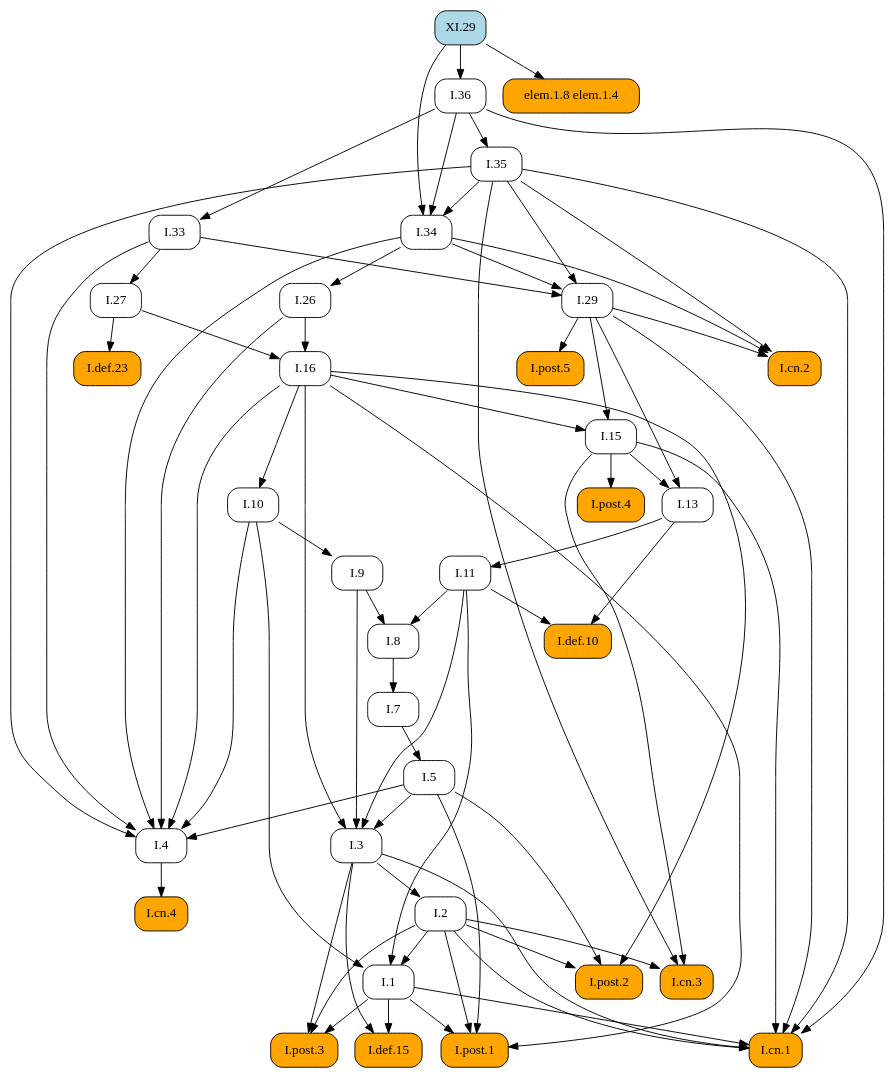
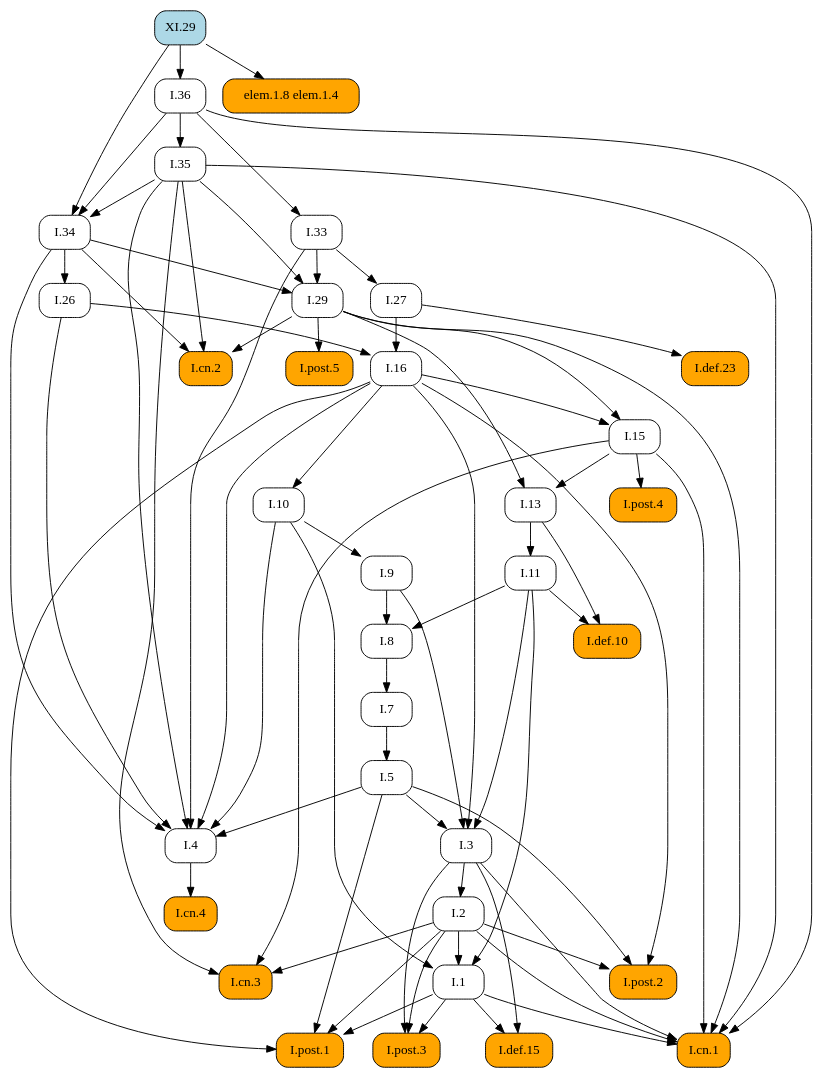
Before and after one commit to geometor/elements: the diagram in docsrc/heath/XI/29/index.rst, drawn with Graphviz. The commit also changed other lines of this file and 1029 other files, not shown here.

```diff
--- a/docsrc/heath/XI/29/index.rst
+++ b/docsrc/heath/XI/29/index.rst
@@ -41,77 +41,85 @@
    digraph {
      rankdir="TB";
      node [shape=box, style=rounded];
+     "I.def.10" [style="rounded,filled", fillcolor=orange, URL="/heath/I/def.10/", target="_top"];
+     "I.11" [URL="/heath/I/11/", target="_top"];
+     "I.post.4" [style="rounded,filled", fillcolor=orange, URL="/heath/I/post.4/", target="_top"];
+     "I.1" [URL="/heath/I/1/", target="_top"];
+     "I.26" [URL="/heath/I/26/", target="_top"];
+     "I.29" [URL="/heath/I/29/", target="_top"];
+     "I.cn.2" [style="rounded,filled", fillcolor=orange, URL="/heath/I/cn.2/", target="_top"];
+     "I.def.15" [style="rounded,filled", fillcolor=orange, URL="/heath/I/def.15/", target="_top"];
+     "I.post.3" [style="rounded,filled", fillcolor=orange, URL="/heath/I/post.3/", target="_top"];
+     "I.cn.1" [style="rounded,filled", fillcolor=orange, URL="/heath/I/cn.1/", target="_top"];
      "I.cn.3" [style="rounded,filled", fillcolor=orange, URL="/heath/I/cn.3/", target="_top"];
-     "I.29" [URL="/heath/I/29/", target="_top"];
+     "XI.29" [style="rounded,filled", fillcolor=lightblue, URL="/heath/XI/29/", target="_top"];
+     "I.post.1" [style="rounded,filled", fillcolor=orange, URL="/heath/I/post.1/", target="_top"];
+     "I.35" [URL="/heath/I/35/", target="_top"];
+     "I.36" [URL="/heath/I/36/", target="_top"];
+     "I.27" [URL="/heath/I/27/", target="_top"];
      "I.7" [URL="/heath/I/7/", target="_top"];
-     "I.27" [URL="/heath/I/27/", target="_top"];
+     "I.34" [URL="/heath/I/34/", target="_top"];
+     "I.3" [URL="/heath/I/3/", target="_top"];
+     "I.2" [URL="/heath/I/2/", target="_top"];
+     "I.4" [URL="/heath/I/4/", target="_top"];
      "I.def.23" [style="rounded,filled", fillcolor=orange, URL="/heath/I/def.23/", target="_top"];
-     "I.34" [URL="/heath/I/34/", target="_top"];
+     "elem.1.8 elem.1.4" [style="rounded,filled", fillcolor=orange];
+     "I.13" [URL="/heath/I/13/", target="_top"];
+     "I.33" [URL="/heath/I/33/", target="_top"];
+     "I.post.2" [style="rounded,filled", fillcolor=orange, URL="/heath/I/post.2/", target="_top"];
+     "I.16" [URL="/heath/I/16/", target="_top"];
+     "I.9" [URL="/heath/I/9/", target="_top"];
      "I.8" [URL="/heath/I/8/", target="_top"];
-     "I.9" [URL="/heath/I/9/", target="_top"];
-     "I.post.4" [style="rounded,filled", fillcolor=orange, URL="/heath/I/post.4/", target="_top"];
-     "I.2" [URL="/heath/I/2/", target="_top"];
-     "I.def.15" [style="rounded,filled", fillcolor=orange, URL="/heath/I/def.15/", target="_top"];
-     "I.1" [URL="/heath/I/1/", target="_top"];
-     "I.post.1" [style="rounded,filled", fillcolor=orange, URL="/heath/I/post.1/", target="_top"];
      "I.cn.4" [style="rounded,filled", fillcolor=orange, URL="/heath/I/cn.4/", target="_top"];
-     "I.26" [URL="/heath/I/26/", target="_top"];
-     "I.33" [URL="/heath/I/33/", target="_top"];
-     "I.13" [URL="/heath/I/13/", target="_top"];
-     "I.cn.2" [style="rounded,filled", fillcolor=orange, URL="/heath/I/cn.2/", target="_top"];
+     "I.15" [URL="/heath/I/15/", target="_top"];
+     "I.post.5" [style="rounded,filled", fillcolor=orange, URL="/heath/I/post.5/", target="_top"];
+     "I.10" [URL="/heath/I/10/", target="_top"];
      "I.5" [URL="/heath/I/5/", target="_top"];
-     "I.11" [URL="/heath/I/11/", target="_top"];
-     "I.10" [URL="/heath/I/10/", target="_top"];
-     "I.4" [URL="/heath/I/4/", target="_top"];
-     "I.3" [URL="/heath/I/3/", target="_top"];
-     "I.16" [URL="/heath/I/16/", target="_top"];
-     "I.def.10" [style="rounded,filled", fillcolor=orange, URL="/heath/I/def.10/", target="_top"];
-     "I.post.2" [style="rounded,filled", fillcolor=orange, URL="/heath/I/post.2/", target="_top"];
-     "XI.29" [style="rounded,filled", fillcolor=lightblue, URL="/heath/XI/29/", target="_top"];
-     "I.post.3" [style="rounded,filled", fillcolor=orange, URL="/heath/I/post.3/", target="_top"];
-     "I.post.5" [style="rounded,filled", fillcolor=orange, URL="/heath/I/post.5/", target="_top"];
-     "I.36" [URL="/heath/I/36/", target="_top"];
-     "I.35" [URL="/heath/I/35/", target="_top"];
-     "I.15" [URL="/heath/I/15/", target="_top"];
-     "I.cn.1" [style="rounded,filled", fillcolor=orange, URL="/heath/I/cn.1/", target="_top"];
-     "elem.1.8 elem.1.4" [style="rounded,filled", fillcolor=orange];
+     "I.11" -> "I.def.10";
+     "I.13" -> "I.def.10";
+     "I.13" -> "I.11";
+     "I.15" -> "I.post.4";
+     "I.2" -> "I.1";
+     "I.10" -> "I.1";
+     "I.11" -> "I.1";
+     "I.34" -> "I.26";
+     "I.33" -> "I.29";
+     "I.34" -> "I.29";
+     "I.35" -> "I.29";
+     "I.29" -> "I.cn.2";
+     "I.34" -> "I.cn.2";
+     "I.35" -> "I.cn.2";
+     "I.1" -> "I.def.15";
+     "I.3" -> "I.def.15";
+     "I.1" -> "I.post.3";
+     "I.2" -> "I.post.3";
+     "I.3" -> "I.post.3";
+     "I.1" -> "I.cn.1";
+     "I.2" -> "I.cn.1";
+     "I.3" -> "I.cn.1";
+     "I.15" -> "I.cn.1";
+     "I.29" -> "I.cn.1";
+     "I.35" -> "I.cn.1";
+     "I.36" -> "I.cn.1";
      "I.2" -> "I.cn.3";
      "I.15" -> "I.cn.3";
      "I.35" -> "I.cn.3";
-     "I.33" -> "I.29";
-     "I.34" -> "I.29";
-     "I.35" -> "I.29";
-     "I.8" -> "I.7";
-     "I.33" -> "I.27";
-     "I.27" -> "I.def.23";
-     "I.35" -> "I.34";
-     "I.36" -> "I.34";
-     "XI.29" -> "I.34";
-     "I.9" -> "I.8";
-     "I.11" -> "I.8";
-     "I.10" -> "I.9";
-     "I.15" -> "I.post.4";
-     "I.3" -> "I.2";
-     "I.1" -> "I.def.15";
-     "I.3" -> "I.def.15";
-     "I.2" -> "I.1";
-     "I.10" -> "I.1";
-     "I.11" -> "I.1";
      "I.1" -> "I.post.1";
      "I.2" -> "I.post.1";
      "I.5" -> "I.post.1";
      "I.16" -> "I.post.1";
-     "I.4" -> "I.cn.4";
-     "I.34" -> "I.26";
-     "I.36" -> "I.33";
-     "I.15" -> "I.13";
-     "I.29" -> "I.13";
-     "I.29" -> "I.cn.2";
-     "I.34" -> "I.cn.2";
-     "I.35" -> "I.cn.2";
-     "I.7" -> "I.5";
-     "I.13" -> "I.11";
-     "I.16" -> "I.10";
+     "I.36" -> "I.35";
+     "XI.29" -> "I.36";
+     "I.33" -> "I.27";
+     "I.8" -> "I.7";
+     "I.35" -> "I.34";
+     "I.36" -> "I.34";
+     "XI.29" -> "I.34";
+     "I.5" -> "I.3";
+     "I.9" -> "I.3";
+     "I.11" -> "I.3";
+     "I.16" -> "I.3";
+     "I.3" -> "I.2";
      "I.5" -> "I.4";
      "I.10" -> "I.4";
      "I.16" -> "I.4";
@@ -119,31 +127,23 @@
      "I.33" -> "I.4";
      "I.34" -> "I.4";
      "I.35" -> "I.4";
-     "I.5" -> "I.3";
-     "I.9" -> "I.3";
-     "I.11" -> "I.3";
-     "I.16" -> "I.3";
-     "I.26" -> "I.16";
-     "I.27" -> "I.16";
-     "I.11" -> "I.def.10";
-     "I.13" -> "I.def.10";
+     "I.27" -> "I.def.23";
+     "XI.29" -> "elem.1.8 elem.1.4";
+     "I.15" -> "I.13";
+     "I.29" -> "I.13";
+     "I.36" -> "I.33";
      "I.2" -> "I.post.2";
      "I.5" -> "I.post.2";
      "I.16" -> "I.post.2";
-     "I.1" -> "I.post.3";
-     "I.2" -> "I.post.3";
-     "I.3" -> "I.post.3";
-     "I.29" -> "I.post.5";
-     "XI.29" -> "I.36";
-     "I.36" -> "I.35";
+     "I.26" -> "I.16";
+     "I.27" -> "I.16";
+     "I.10" -> "I.9";
+     "I.9" -> "I.8";
+     "I.11" -> "I.8";
+     "I.4" -> "I.cn.4";
      "I.16" -> "I.15";
      "I.29" -> "I.15";
-     "I.1" -> "I.cn.1";
-     "I.2" -> "I.cn.1";
-     "I.3" -> "I.cn.1";
-     "I.15" -> "I.cn.1";
-     "I.29" -> "I.cn.1";
-     "I.35" -> "I.cn.1";
-     "I.36" -> "I.cn.1";
-     "XI.29" -> "elem.1.8 elem.1.4";
+     "I.29" -> "I.post.5";
+     "I.16" -> "I.10";
+     "I.7" -> "I.5";
    }
```
